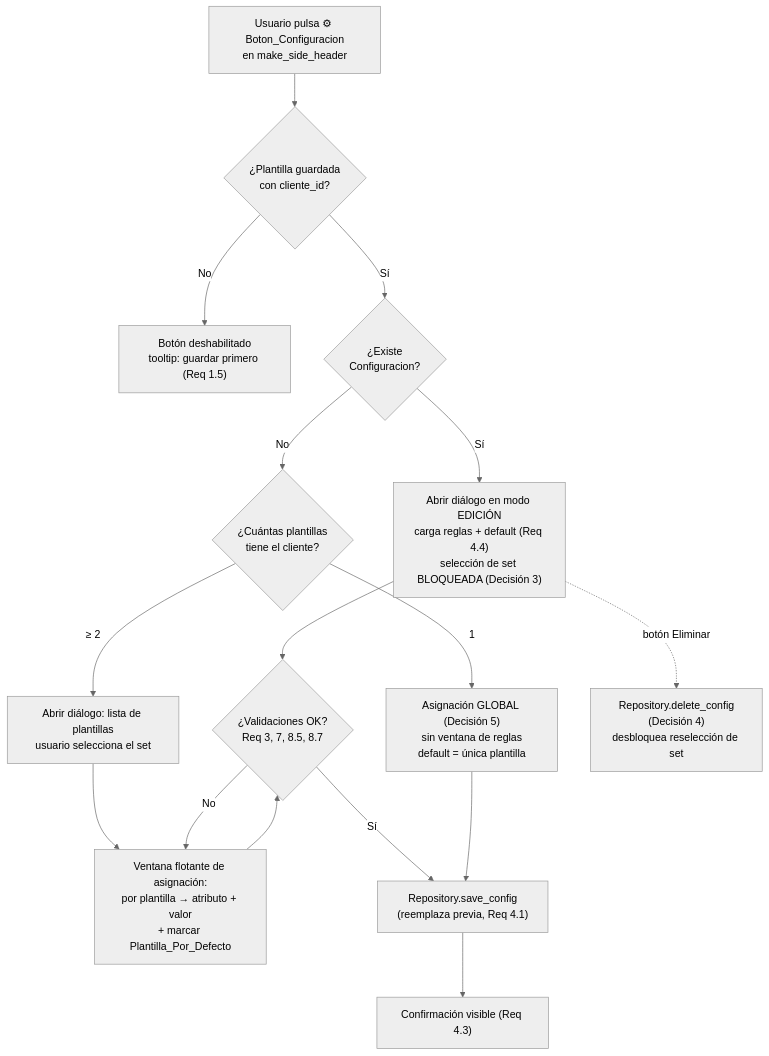
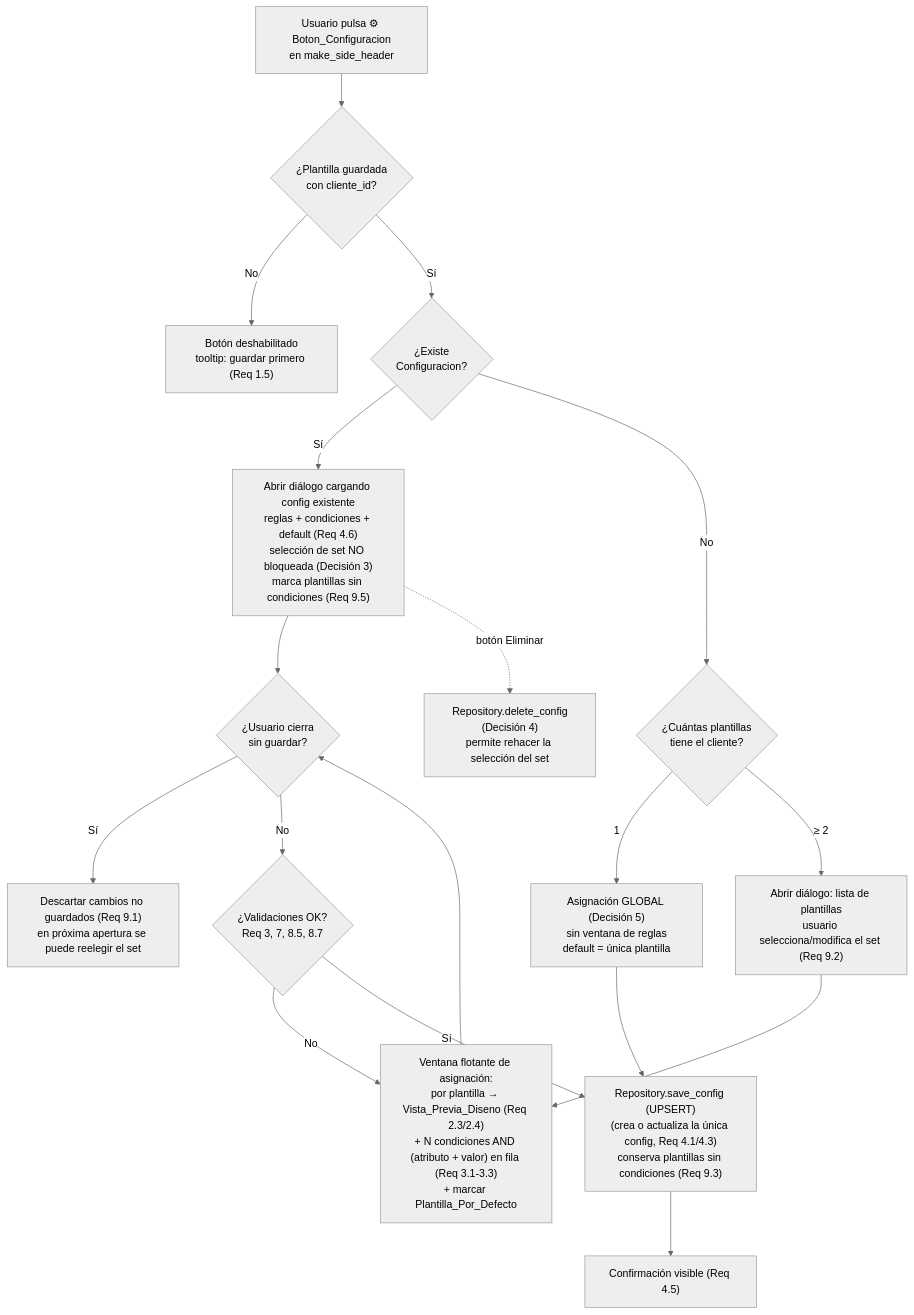
Before and after one commit to kioriy/sistema_credencializacion: the second of 4 diagrams in .kiro/specs/multiplantillaje-base/design.md, drawn with Mermaid (neutral theme). The commit also changed other lines of this file and 32 other files, not shown here.

Commit message:
Se agrego el multiselector de plantillas base, se agrego el boton para generar un nuevo diseño, se agrego en la vista previa un boton para abrir la vista en la app nativa del SO

````diff
--- a/.kiro/specs/multiplantillaje-base/design.md
+++ b/.kiro/specs/multiplantillaje-base/design.md
@@ -90,18 +93,20 @@
 ```mermaid
 flowchart TD
     A["Usuario pulsa ⚙ Boton_Configuracion<br/>en make_side_header"] --> B{¿Plantilla guardada<br/>con cliente_id?}
     B -- No --> B1["Botón deshabilitado<br/>tooltip: guardar primero (Req 1.5)"]
     B -- Sí --> C{¿Existe<br/>Configuracion?}
-    C -- Sí --> EDIT["Abrir diálogo en modo EDICIÓN<br/>carga reglas + default (Req 4.4)<br/>selección de set BLOQUEADA (Decisión 3)"]
+    C -- Sí --> EDIT["Abrir diálogo cargando config existente<br/>reglas + condiciones + default (Req 4.6)<br/>selección de set NO bloqueada (Decisión 3)<br/>marca plantillas sin condiciones (Req 9.5)"]
     C -- No --> D{¿Cuántas plantillas<br/>tiene el cliente?}
     D -- "1" --> G["Asignación GLOBAL (Decisión 5)<br/>sin ventana de reglas<br/>default = única plantilla"]
-    D -- "≥ 2" --> E["Abrir diálogo: lista de plantillas<br/>usuario selecciona el set"]
-    E --> F["Ventana flotante de asignación:<br/>por plantilla → atributo + valor<br/>+ marcar Plantilla_Por_Defecto"]
-    F --> H{¿Validaciones OK?<br/>Req 3, 7, 8.5, 8.7}
+    D -- "≥ 2" --> E["Abrir diálogo: lista de plantillas<br/>usuario selecciona/modifica el set (Req 9.2)"]
+    E --> F["Ventana flotante de asignación:<br/>por plantilla → Vista_Previa_Diseno (Req 2.3/2.4)<br/>+ N condiciones AND (atributo + valor) en fila (Req 3.1-3.3)<br/>+ marcar Plantilla_Por_Defecto"]
+    F --> CL{¿Usuario cierra<br/>sin guardar?}
+    CL -- Sí --> DISCARD["Descartar cambios no guardados (Req 9.1)<br/>en próxima apertura se puede reelegir el set"]
+    CL -- No --> H{¿Validaciones OK?<br/>Req 3, 7, 8.5, 8.7}
     H -- No --> F
-    H -- Sí --> I["Repository.save_config<br/>(reemplaza previa, Req 4.1)"]
-    EDIT --> H
+    H -- Sí --> I["Repository.save_config (UPSERT)<br/>(crea o actualiza la única config, Req 4.1/4.3)<br/>conserva plantillas sin condiciones (Req 9.3)"]
+    EDIT --> CL
     G --> I
-    I --> J["Confirmación visible (Req 4.3)"]
-    EDIT -.botón Eliminar.-> K["Repository.delete_config<br/>(Decisión 4)<br/>desbloquea reselección de set"]
+    I --> J["Confirmación visible (Req 4.5)"]
+    EDIT -.botón Eliminar.-> K["Repository.delete_config<br/>(Decisión 4)<br/>permite rehacer la selección del set"]
 ```
````
